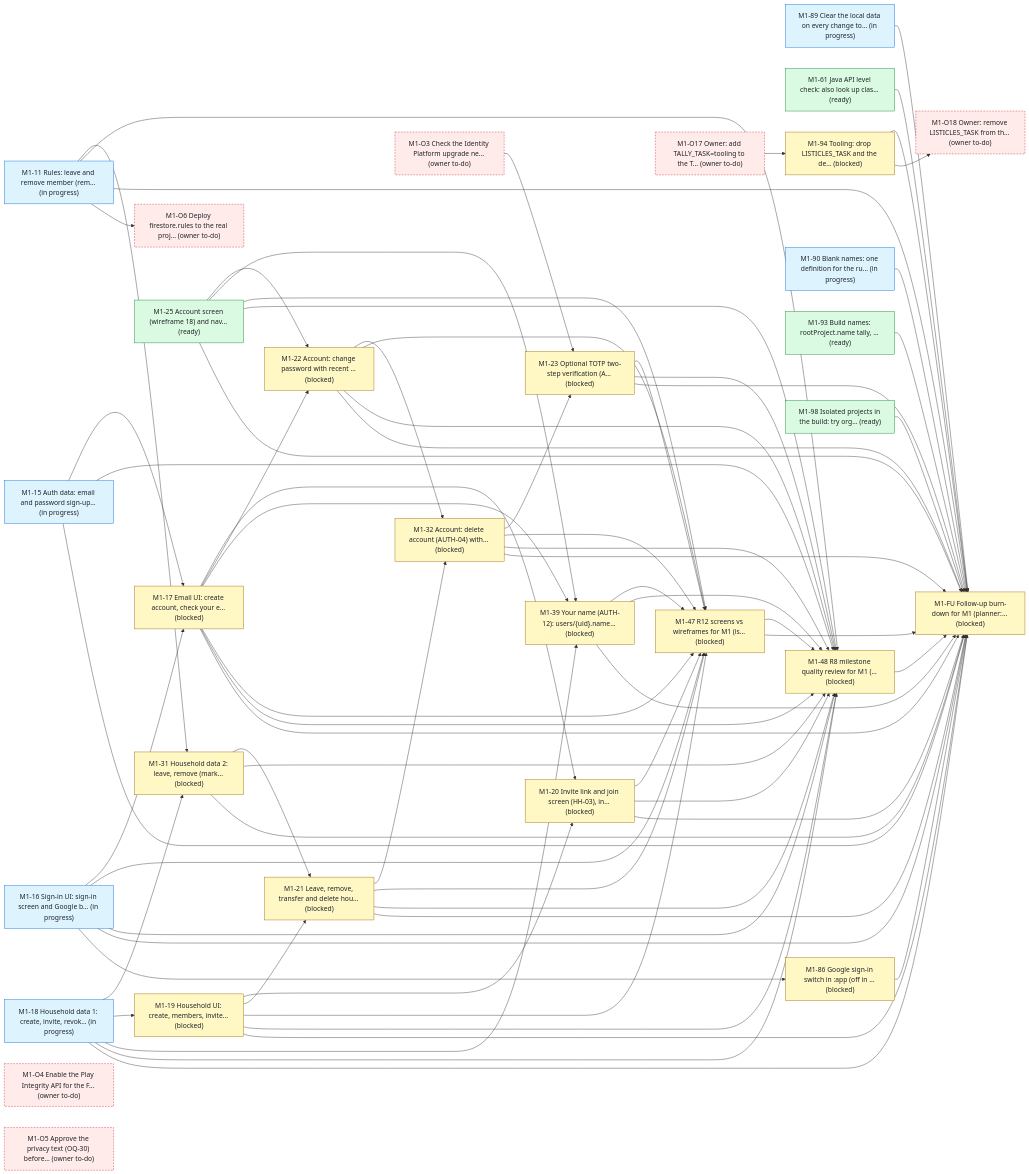
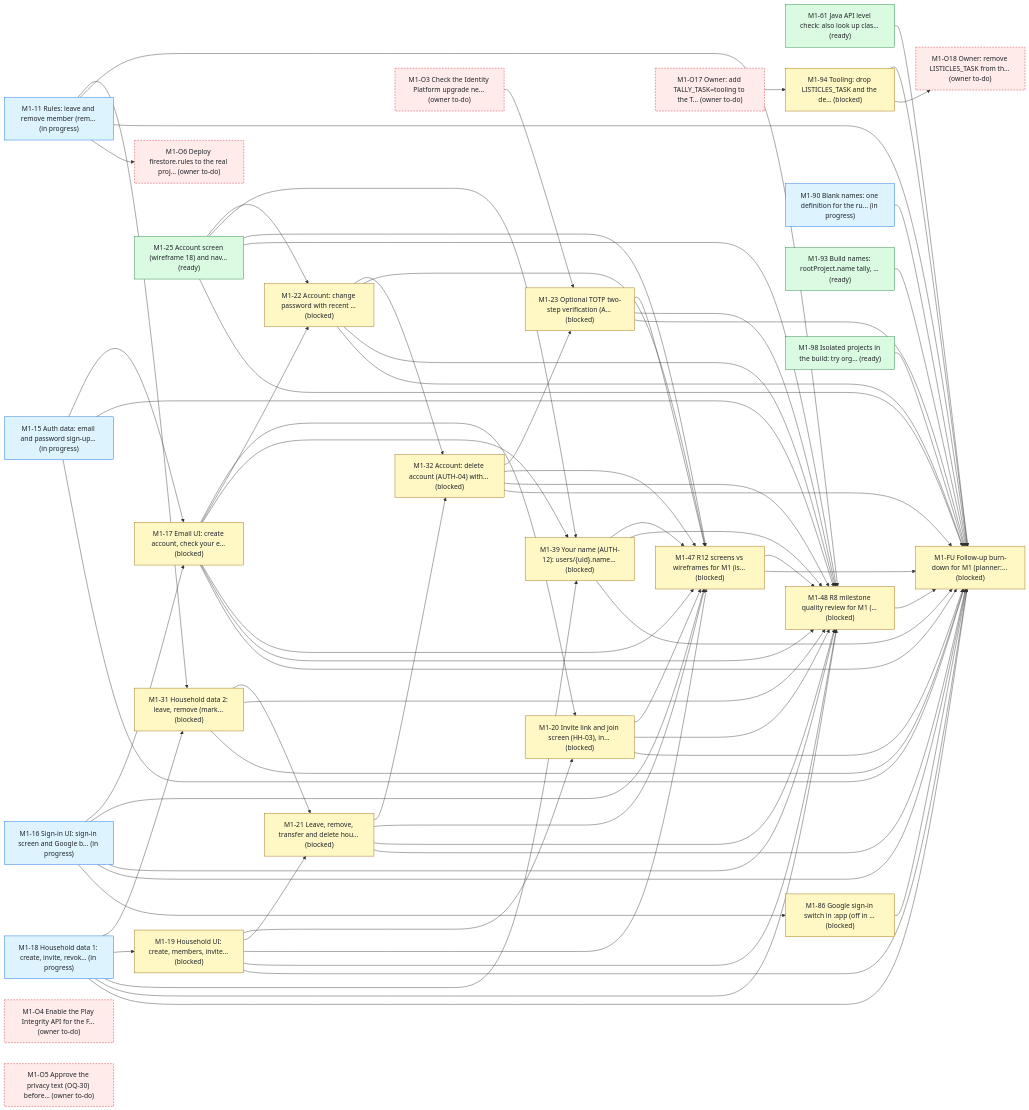
Before and after one commit to bondo/listicles2: the first of 4 diagrams in status.md, drawn with Mermaid. The commit also changed other lines of this file and 3 other files, not shown here.

````diff
--- a/status.md
+++ b/status.md
@@ -241,105 +241,103 @@
 ```mermaid
 flowchart LR
     n0["M1-11 Rules: leave and remove member (rem… (in progress)"]:::progress
-    n1["M1-89 Clear the local data on every change to… (in progress)"]:::progress
-    n2["M1-15 Auth data: email and password sign-up… (in progress)"]:::progress
-    n3["M1-16 Sign-in UI: sign-in screen and Google b… (in progress)"]:::progress
-    n4["M1-17 Email UI: create account, check your e… (blocked)"]:::blocked
-    n5["M1-18 Household data 1: create, invite, revok… (in progress)"]:::progress
-    n6["M1-31 Household data 2: leave, remove (mark… (blocked)"]:::blocked
-    n7["M1-19 Household UI: create, members, invite… (blocked)"]:::blocked
-    n8["M1-20 Invite link and join screen (HH-03), in… (blocked)"]:::blocked
-    n9["M1-21 Leave, remove, transfer and delete hou… (blocked)"]:::blocked
-    n10["M1-22 Account: change password with recent … (blocked)"]:::blocked
-    n11["M1-32 Account: delete account (AUTH-04) with… (blocked)"]:::blocked
-    n12["M1-23 Optional TOTP two-step verification (A… (blocked)"]:::blocked
-    n13["M1-25 Account screen (wireframe 18) and nav… (ready)"]:::ready
-    n14["M1-61 Java API level check: also look up clas… (ready)"]:::ready
-    n15["M1-39 Your name (AUTH-12): users/{uid}.name… (blocked)"]:::blocked
-    n16["M1-47 R12 screens vs wireframes for M1 (is… (blocked)"]:::blocked
-    n17["M1-48 R8 milestone quality review for M1 (… (blocked)"]:::blocked
-    n18["M1-FU Follow-up burn-down for M1 (planner:… (blocked)"]:::blocked
-    n19["M1-O3 Check the Identity Platform upgrade ne… (owner to-do)"]:::owner
-    n20["M1-O4 Enable the Play Integrity API for the F… (owner to-do)"]:::owner
-    n21["M1-O5 Approve the privacy text (OQ-30) before… (owner to-do)"]:::owner
-    n22["M1-O6 Deploy firestore.rules to the real proj… (owner to-do)"]:::owner
-    n23["M1-86 Google sign-in switch in :app (off in … (blocked)"]:::blocked
-    n24["M1-90 Blank names: one definition for the ru… (in progress)"]:::progress
-    n25["M1-93 Build names: rootProject.name tally, … (ready)"]:::ready
-    n26["M1-94 Tooling: drop LISTICLES_TASK and the de… (blocked)"]:::blocked
-    n27["M1-98 Isolated projects in the build: try org… (ready)"]:::ready
-    n28["M1-O17 Owner: add TALLY_TASK=tooling to the T… (owner to-do)"]:::owner
-    n29["M1-O18 Owner: remove LISTICLES_TASK from th… (owner to-do)"]:::owner
-    n2 --> n4
-    n3 --> n4
-    n0 --> n6
-    n5 --> n6
-    n5 --> n7
-    n7 --> n8
-    n4 --> n8
-    n7 --> n9
-    n6 --> n9
-    n4 --> n10
-    n13 --> n10
+    n1["M1-15 Auth data: email and password sign-up… (in progress)"]:::progress
+    n2["M1-16 Sign-in UI: sign-in screen and Google b… (in progress)"]:::progress
+    n3["M1-17 Email UI: create account, check your e… (blocked)"]:::blocked
+    n4["M1-18 Household data 1: create, invite, revok… (in progress)"]:::progress
+    n5["M1-31 Household data 2: leave, remove (mark… (blocked)"]:::blocked
+    n6["M1-19 Household UI: create, members, invite… (blocked)"]:::blocked
+    n7["M1-20 Invite link and join screen (HH-03), in… (blocked)"]:::blocked
+    n8["M1-21 Leave, remove, transfer and delete hou… (blocked)"]:::blocked
+    n9["M1-22 Account: change password with recent … (blocked)"]:::blocked
+    n10["M1-32 Account: delete account (AUTH-04) with… (blocked)"]:::blocked
+    n11["M1-23 Optional TOTP two-step verification (A… (blocked)"]:::blocked
+    n12["M1-25 Account screen (wireframe 18) and nav… (ready)"]:::ready
+    n13["M1-61 Java API level check: also look up clas… (ready)"]:::ready
+    n14["M1-39 Your name (AUTH-12): users/{uid}.name… (blocked)"]:::blocked
+    n15["M1-47 R12 screens vs wireframes for M1 (is… (blocked)"]:::blocked
+    n16["M1-48 R8 milestone quality review for M1 (… (blocked)"]:::blocked
+    n17["M1-FU Follow-up burn-down for M1 (planner:… (blocked)"]:::blocked
+    n18["M1-O3 Check the Identity Platform upgrade ne… (owner to-do)"]:::owner
+    n19["M1-O4 Enable the Play Integrity API for the F… (owner to-do)"]:::owner
+    n20["M1-O5 Approve the privacy text (OQ-30) before… (owner to-do)"]:::owner
+    n21["M1-O6 Deploy firestore.rules to the real proj… (owner to-do)"]:::owner
+    n22["M1-86 Google sign-in switch in :app (off in … (blocked)"]:::blocked
+    n23["M1-90 Blank names: one definition for the ru… (in progress)"]:::progress
+    n24["M1-93 Build names: rootProject.name tally, … (ready)"]:::ready
+    n25["M1-94 Tooling: drop LISTICLES_TASK and the de… (blocked)"]:::blocked
+    n26["M1-98 Isolated projects in the build: try org… (ready)"]:::ready
+    n27["M1-O17 Owner: add TALLY_TASK=tooling to the T… (owner to-do)"]:::owner
+    n28["M1-O18 Owner: remove LISTICLES_TASK from th… (owner to-do)"]:::owner
+    n1 --> n3
+    n2 --> n3
+    n0 --> n5
+    n4 --> n5
+    n4 --> n6
+    n6 --> n7
+    n3 --> n7
+    n6 --> n8
+    n5 --> n8
+    n3 --> n9
+    n12 --> n9
+    n9 --> n10
+    n8 --> n10
     n10 --> n11
-    n9 --> n11
-    n11 --> n12
-    n19 --> n12
-    n5 --> n15
-    n4 --> n15
-    n13 --> n15
+    n18 --> n11
+    n4 --> n14
+    n3 --> n14
+    n12 --> n14
+    n2 --> n15
+    n3 --> n15
+    n6 --> n15
+    n7 --> n15
+    n8 --> n15
+    n9 --> n15
+    n11 --> n15
+    n12 --> n15
+    n10 --> n15
+    n14 --> n15
+    n0 --> n16
+    n1 --> n16
+    n2 --> n16
     n3 --> n16
     n4 --> n16
+    n6 --> n16
     n7 --> n16
     n8 --> n16
     n9 --> n16
+    n11 --> n16
+    n12 --> n16
+    n5 --> n16
     n10 --> n16
-    n12 --> n16
-    n13 --> n16
-    n11 --> n16
+    n14 --> n16
     n15 --> n16
+    n23 --> n17
     n0 --> n17
+    n24 --> n17
+    n25 --> n17
+    n26 --> n17
+    n1 --> n17
     n2 --> n17
     n3 --> n17
     n4 --> n17
-    n5 --> n17
+    n6 --> n17
     n7 --> n17
     n8 --> n17
     n9 --> n17
+    n11 --> n17
+    n12 --> n17
+    n5 --> n17
     n10 --> n17
-    n12 --> n17
-    n13 --> n17
-    n6 --> n17
-    n11 --> n17
+    n14 --> n17
     n15 --> n17
     n16 --> n17
-    n1 --> n18
-    n24 --> n18
-    n0 --> n18
-    n25 --> n18
-    n26 --> n18
-    n27 --> n18
-    n2 --> n18
-    n3 --> n18
-    n4 --> n18
-    n5 --> n18
-    n7 --> n18
-    n8 --> n18
-    n9 --> n18
-    n10 --> n18
-    n12 --> n18
-    n13 --> n18
-    n6 --> n18
-    n11 --> n18
-    n15 --> n18
-    n16 --> n18
-    n17 --> n18
-    n14 --> n18
-    n23 --> n18
-    n0 --> n22
-    n3 --> n23
-    n28 --> n26
-    n26 --> n29
+    n13 --> n17
+    n22 --> n17
+    n0 --> n21
+    n2 --> n22
+    n27 --> n25
+    n25 --> n28
     classDef ready fill:#dafbe1,stroke:#1a7f37,color:#1f2328
     classDef progress fill:#ddf4ff,stroke:#0969da,color:#1f2328
     classDef blocked fill:#fff8c5,stroke:#9a6700,color:#1f2328
````
